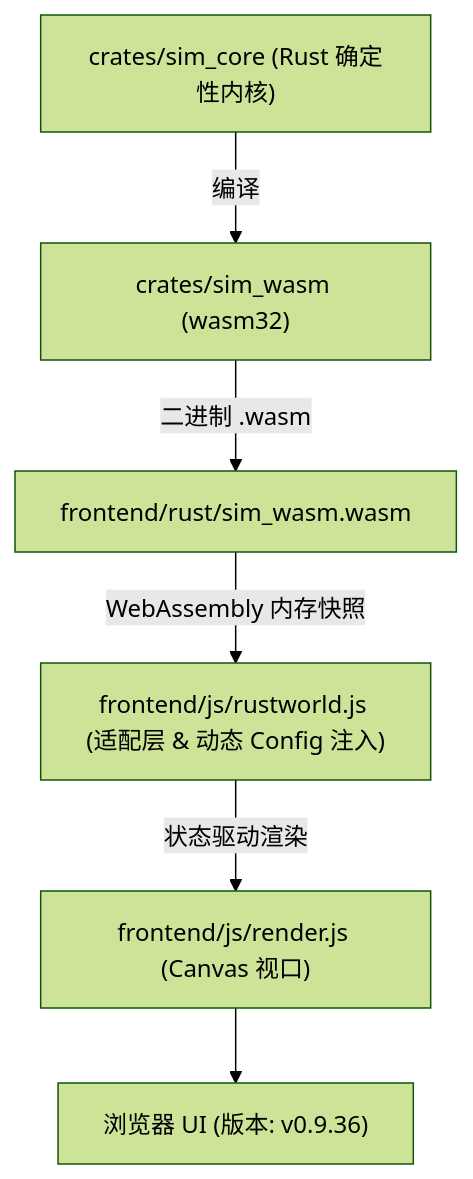
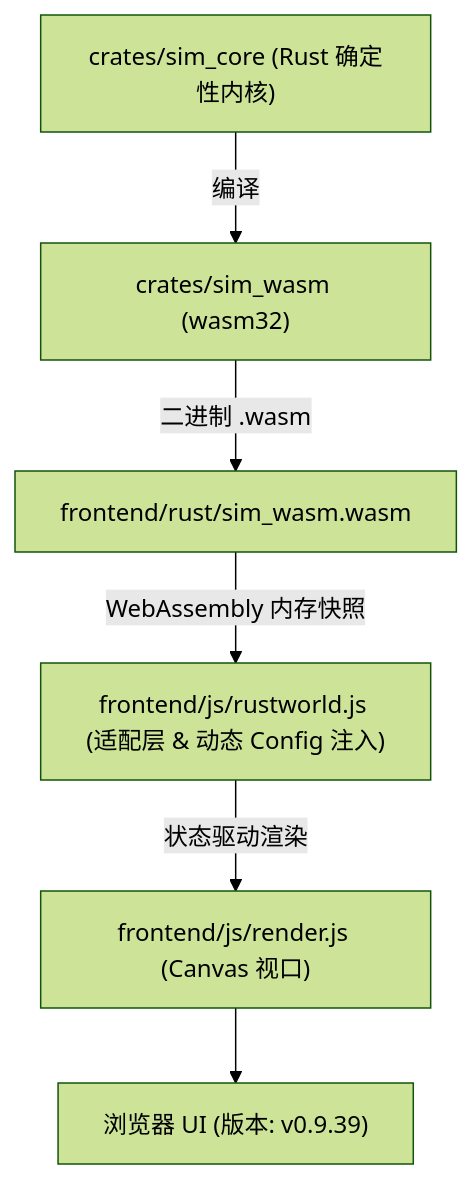
Before and after one commit to g39088902/FlowAndAccord: the diagram in AGENTS.md, drawn with Mermaid (forest theme). The commit also changed other lines of this file and 8 other files, not shown here.

````diff
--- a/AGENTS.md
+++ b/AGENTS.md
@@ -28,8 +28,8 @@
 ```mermaid
 graph TD
     A["crates/sim_core (Rust 确定性内核)"] -->|编译| B["crates/sim_wasm (wasm32)"]
     B -->|二进制 .wasm| C["frontend/rust/sim_wasm.wasm"]
     C -->|WebAssembly 内存快照| D["frontend/js/rustworld.js (适配层 & 动态 Config 注入)"]
     D -->|状态驱动渲染| E["frontend/js/render.js (Canvas 视口)"]
-    E --> F["浏览器 UI (版本: v0.9.36)"]
+    E --> F["浏览器 UI (版本: v0.9.39)"]
 ```
````
